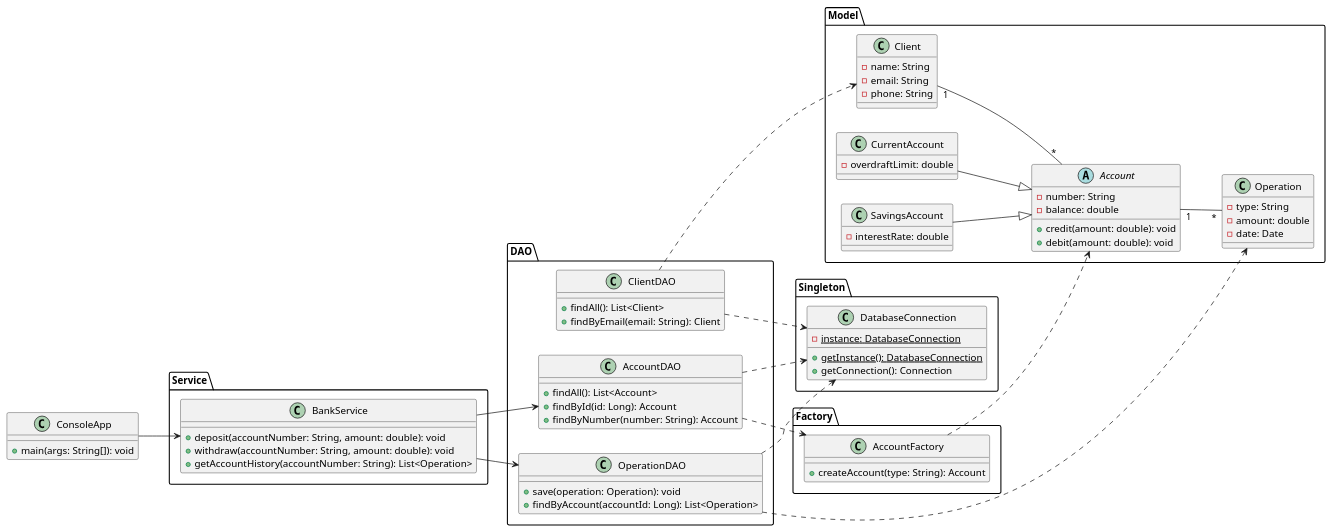
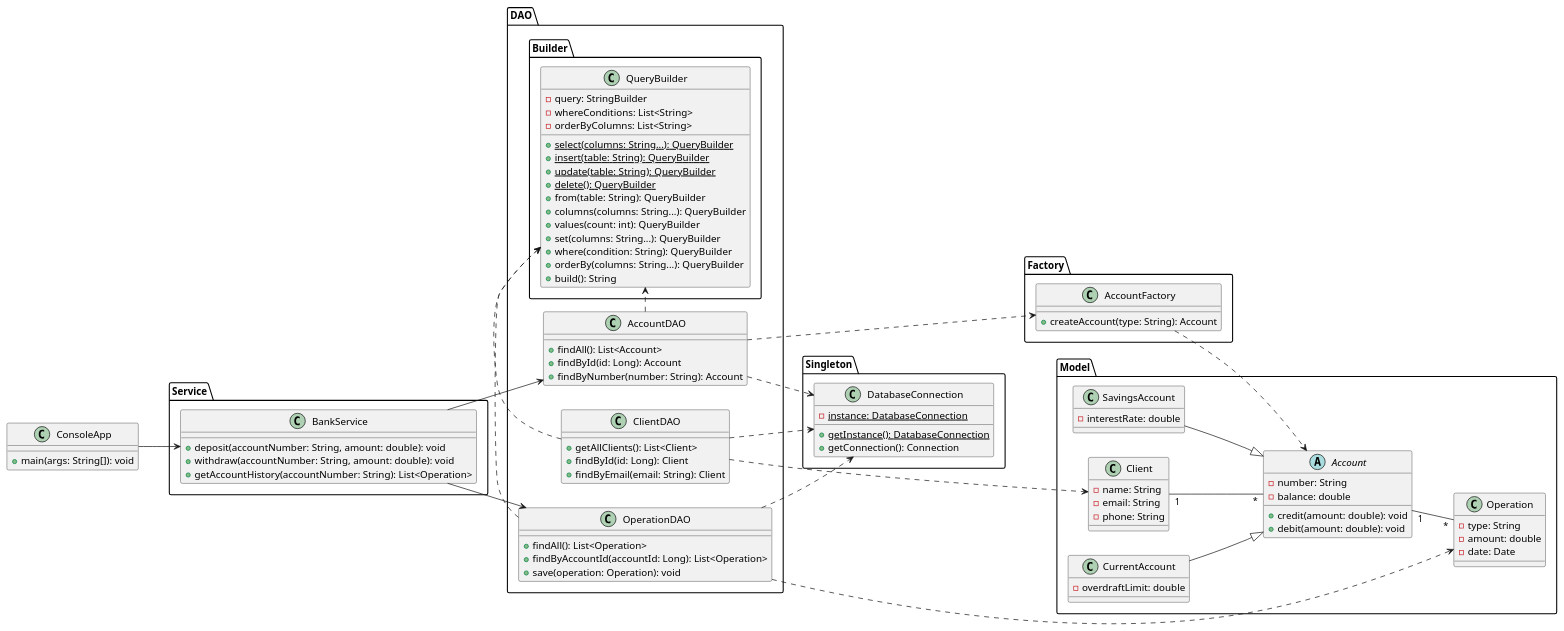
The diagram in docs/Class/ClassDiagram.puml (john7440/Tp-Bank-Design-Pattern), drawn with PlantUML before and after one commit. The commit also changed 1 other file, not shown here.

Commit message:
mise a jour du diagramme de classe avec ajout du querybuilder

```diff
--- a/docs/Class/ClassDiagram.puml
+++ b/docs/Class/ClassDiagram.puml
@@ -1,91 +1,118 @@
 @startuml
 
 left to right direction
 
 package "Model" {
     class Client {
         - name: String
         - email: String
         - phone: String
     }
 
     abstract class Account {
         - number: String
         - balance: double
         + credit(amount: double): void
         + debit(amount: double): void
     }
 
     class CurrentAccount{
         - overdraftLimit: double
     }
     class SavingsAccount{
         - interestRate: double
     }
 
     class Operation {
         - type: String
         - amount: double
         - date: Date
     }
 
     Client "1" -- "*" Account
     Account "1" -- "*" Operation
     CurrentAccount --|> Account
     SavingsAccount --|> Account
 }
+
+package DAO {
+    class ClientDAO {
+        + getAllClients(): List<Client>
+        + findById(id: Long): Client
+        + findByEmail(email: String): Client
+    }
+
+    class OperationDAO {
+        + findAll(): List<Operation>
+        + findByAccountId(accountId: Long): List<Operation>
+        + save(operation: Operation): void
+    }
+
+    class AccountDAO {
+            + findAll(): List<Account>
+            + findById(id: Long): Account
+            + findByNumber(number: String): Account
+        }
+}
+
 package Singleton{
     class DatabaseConnection {
         - {static} instance: DatabaseConnection
         + {static} getInstance(): DatabaseConnection
         + getConnection(): Connection
     }
 }
 
 package Factory{
     class AccountFactory {
         + createAccount(type: String): Account
     }
 }
-package DAO {
-    class ClientDAO {
-        + findAll(): List<Client>
-        + findByEmail(email: String): Client
-    }
 
-    class AccountDAO {
-        + findAll(): List<Account>
-        + findById(id: Long): Account
-        + findByNumber(number: String): Account
-    }
-
-    class OperationDAO {
-        + save(operation: Operation): void
-        + findByAccount(accountId: Long): List<Operation>
+package DAO.Builder{
+    class QueryBuilder{
+    - query: StringBuilder
+    - whereConditions: List<String>
+    - orderByColumns: List<String>
+    + {static} select(columns: String...): QueryBuilder
+    + {static} insert(table: String): QueryBuilder
+    + {static} update(table: String): QueryBuilder
+    + {static} delete(): QueryBuilder
+    + from(table: String): QueryBuilder
+    + columns(columns: String...): QueryBuilder
+    + values(count: int): QueryBuilder
+    + set(columns: String...): QueryBuilder
+    + where(condition: String): QueryBuilder
+    + orderBy(columns: String...): QueryBuilder
+    + build(): String
     }
 }
+
 
 package Service {
     class BankService {
         + deposit(accountNumber: String, amount: double): void
         + withdraw(accountNumber: String, amount: double): void
         + getAccountHistory(accountNumber: String): List<Operation>
     }
 }
 
 class ConsoleApp {
     + main(args: String[]): void
 }
 
 AccountFactory ..> Account
 ClientDAO ..> DatabaseConnection
 ClientDAO ..> Client
-AccountDAO ..> DatabaseConnection
-AccountDAO ..> AccountFactory
+ClientDAO .> QueryBuilder
+OperationDAO .> QueryBuilder
 OperationDAO ..> DatabaseConnection
 OperationDAO ..> Operation
+AccountDAO ..> DatabaseConnection
+AccountDAO ...> AccountFactory
+AccountDAO .> QueryBuilder
 BankService --> AccountDAO
 BankService --> OperationDAO
 ConsoleApp --> BankService
 
 @enduml
```
